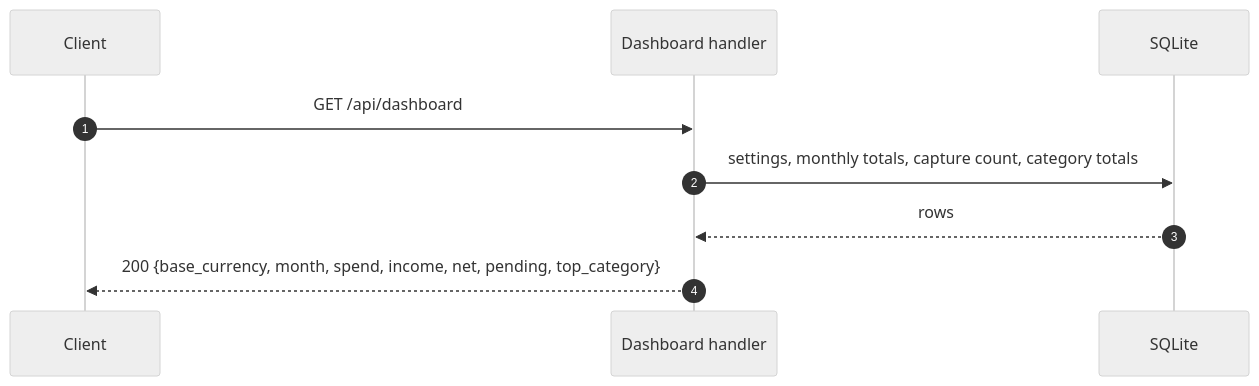
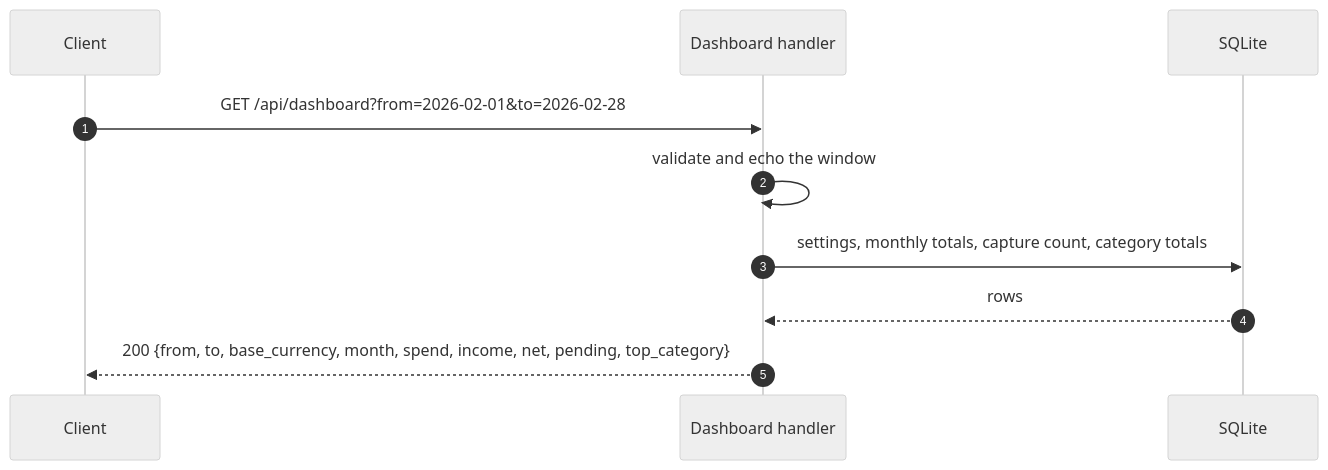
One commit to dimasbaguspm/spenicle changed the diagram in docs/endpoints/GET_api_dashboard.md. Above: the diagram before and after it, drawn with Mermaid (neutral theme). The commit also changed other lines of this file and 13 other files, not shown here.

Commit message:
fix: give dashboard tiles one explicit window

````diff
--- a/docs/endpoints/GET_api_dashboard.md
+++ b/docs/endpoints/GET_api_dashboard.md
@@ -52,11 +65,12 @@
 ```mermaid
 sequenceDiagram
     autonumber
     participant C as Client
     participant H as Dashboard handler
     participant DB as SQLite
-    C->>H: GET /api/dashboard
+    C->>H: GET /api/dashboard?from=2026-02-01&to=2026-02-28
+    H->>H: validate and echo the window
     H->>DB: settings, monthly totals, capture count, category totals
     DB-->>H: rows
-    H-->>C: 200 {base_currency, month, spend, income, net, pending, top_category}
+    H-->>C: 200 {from, to, base_currency, month, spend, income, net, pending, top_category}
 ```
````
